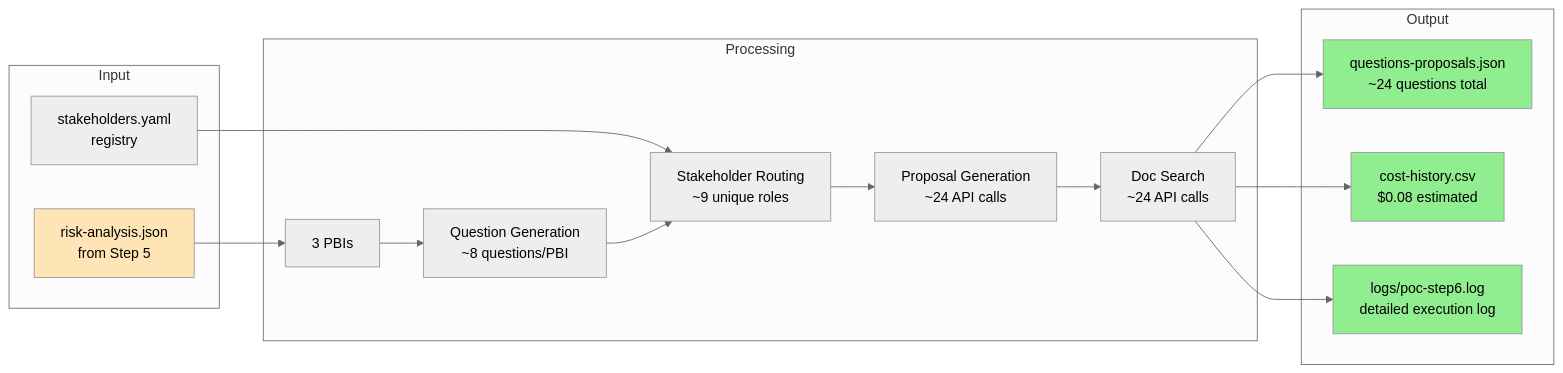
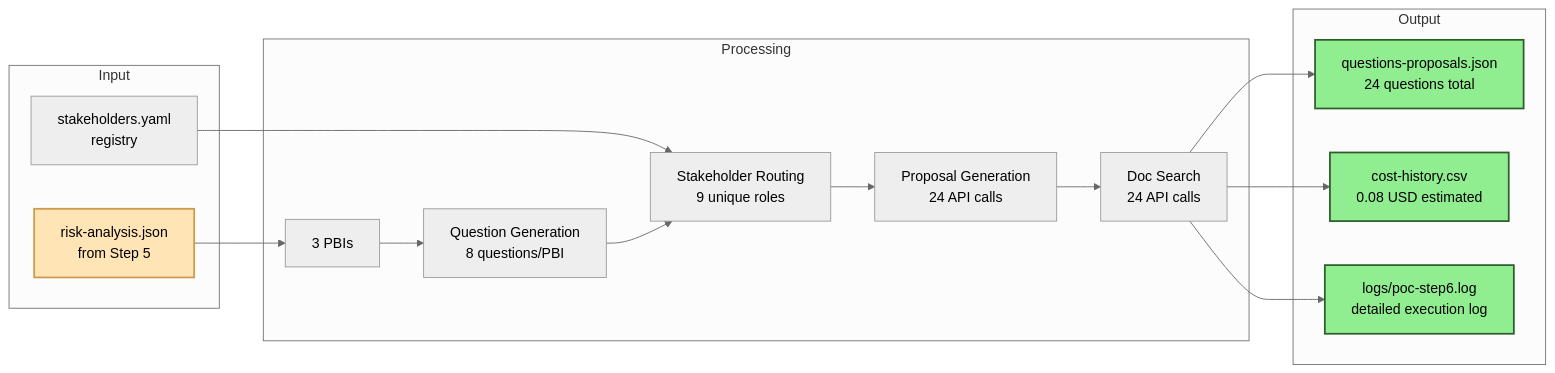
One commit to ApexChef/backlog-chef changed the ninth of 10 diagrams in poc-step6/docs/architecture-flow.md. Above: the diagram before and after it, drawn with Mermaid (neutral theme). The commit also changed other lines of this file, not shown here.

First line of the commit message:
docs: Improve diagram contrast and readability

````diff
--- a/poc-step6/docs/architecture-flow.md
+++ b/poc-step6/docs/architecture-flow.md
@@ -291,36 +298,36 @@
 ```mermaid
 graph LR
     subgraph "Input"
         I1[risk-analysis.json<br/>from Step 5]
         I2[stakeholders.yaml<br/>registry]
     end
 
     subgraph "Processing"
         P1[3 PBIs]
-        P2[Question Generation<br/>~8 questions/PBI]
-        P3[Stakeholder Routing<br/>~9 unique roles]
-        P4[Proposal Generation<br/>~24 API calls]
-        P5[Doc Search<br/>~24 API calls]
+        P2[Question Generation<br/>8 questions/PBI]
+        P3[Stakeholder Routing<br/>9 unique roles]
+        P4[Proposal Generation<br/>24 API calls]
+        P5[Doc Search<br/>24 API calls]
     end
 
     subgraph "Output"
-        O1[questions-proposals.json<br/>~24 questions total]
-        O2[cost-history.csv<br/>$0.08 estimated]
+        O1[questions-proposals.json<br/>24 questions total]
+        O2[cost-history.csv<br/>0.08 USD estimated]
         O3[logs/poc-step6.log<br/>detailed execution log]
     end
 
     I1 --> P1
     I2 --> P3
     P1 --> P2
     P2 --> P3
     P3 --> P4
     P4 --> P5
     P5 --> O1
     P5 --> O2
     P5 --> O3
 
-    style I1 fill:#FFE4B5
-    style O1 fill:#90EE90
-    style O2 fill:#90EE90
-    style O3 fill:#90EE90
+    style I1 fill:#FFE4B5,stroke:#cd9b4d,stroke-width:2px,color:#000
+    style O1 fill:#90EE90,stroke:#2d5f2d,stroke-width:2px,color:#000
+    style O2 fill:#90EE90,stroke:#2d5f2d,stroke-width:2px,color:#000
+    style O3 fill:#90EE90,stroke:#2d5f2d,stroke-width:2px,color:#000
 ```
````
